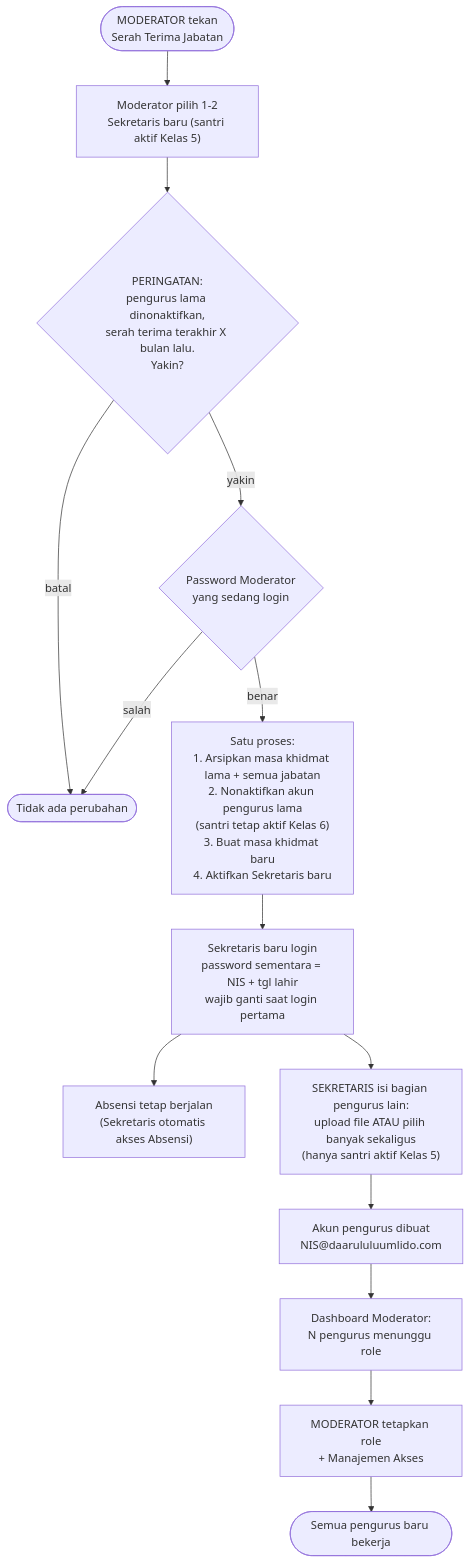
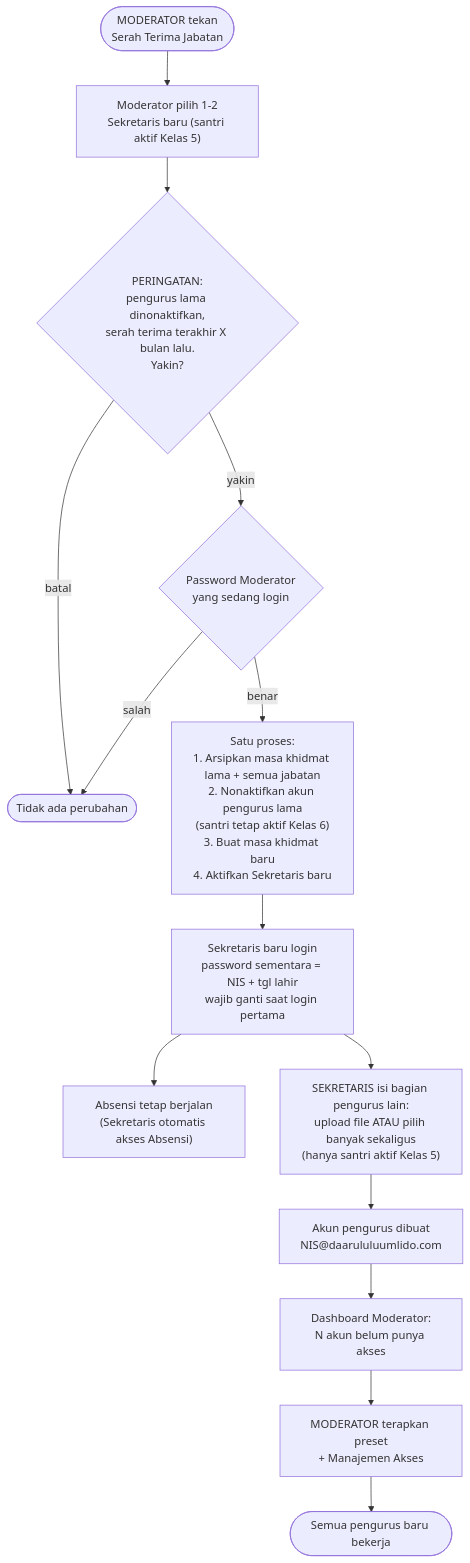
The fifth of 6 diagrams in README.md (SiJao/ProjectJao), drawn with Mermaid before and after one commit. The commit also changed other lines of this file and 7 other files, not shown here.

First line of the commit message:
Hapus sistem role: akses manual per akun + preset akses

````diff
--- a/README.md
+++ b/README.md
@@ -642,16 +645,16 @@
 ```mermaid
 flowchart TD
     Start(["MODERATOR tekan<br/>Serah Terima Jabatan"]) --> Tunjuk["Moderator pilih 1-2<br/>Sekretaris baru (santri aktif Kelas 5)"]
     Tunjuk --> Peringatan{"PERINGATAN:<br/>pengurus lama dinonaktifkan,<br/>serah terima terakhir X bulan lalu.<br/>Yakin?"}
     Peringatan -- "batal" --> Batal(["Tidak ada perubahan"])
     Peringatan -- "yakin" --> Password{"Password Moderator<br/>yang sedang login"}
     Password -- "salah" --> Batal
     Password -- "benar" --> Proses["Satu proses:<br/>1. Arsipkan masa khidmat lama + semua jabatan<br/>2. Nonaktifkan akun pengurus lama<br/>(santri tetap aktif Kelas 6)<br/>3. Buat masa khidmat baru<br/>4. Aktifkan Sekretaris baru"]
     Proses --> Login1["Sekretaris baru login<br/>password sementara = NIS + tgl lahir<br/>wajib ganti saat login pertama"]
     Login1 --> Absensi["Absensi tetap berjalan<br/>(Sekretaris otomatis akses Absensi)"]
     Login1 --> Bagian["SEKRETARIS isi bagian pengurus lain:<br/>upload file ATAU pilih banyak sekaligus<br/>(hanya santri aktif Kelas 5)"]
     Bagian --> Akun["Akun pengurus dibuat<br/>NIS@daarululuumlido.com"]
-    Akun --> Badge["Dashboard Moderator:<br/>N pengurus menunggu role"]
-    Badge --> Role["MODERATOR tetapkan role<br/>+ Manajemen Akses"]
+    Akun --> Badge["Dashboard Moderator:<br/>N akun belum punya akses"]
+    Badge --> Role["MODERATOR terapkan preset<br/>+ Manajemen Akses"]
     Role --> Aktif(["Semua pengurus baru bekerja"])
 ```
````
